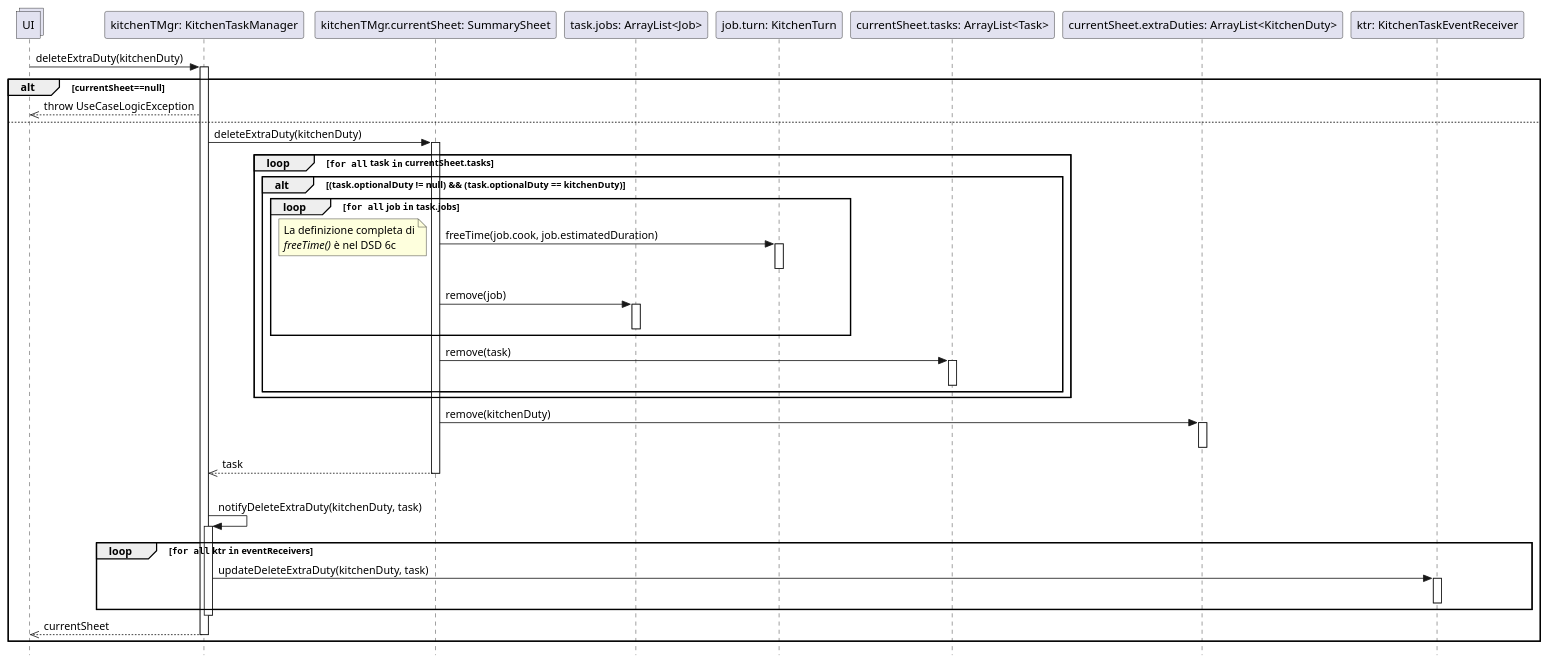
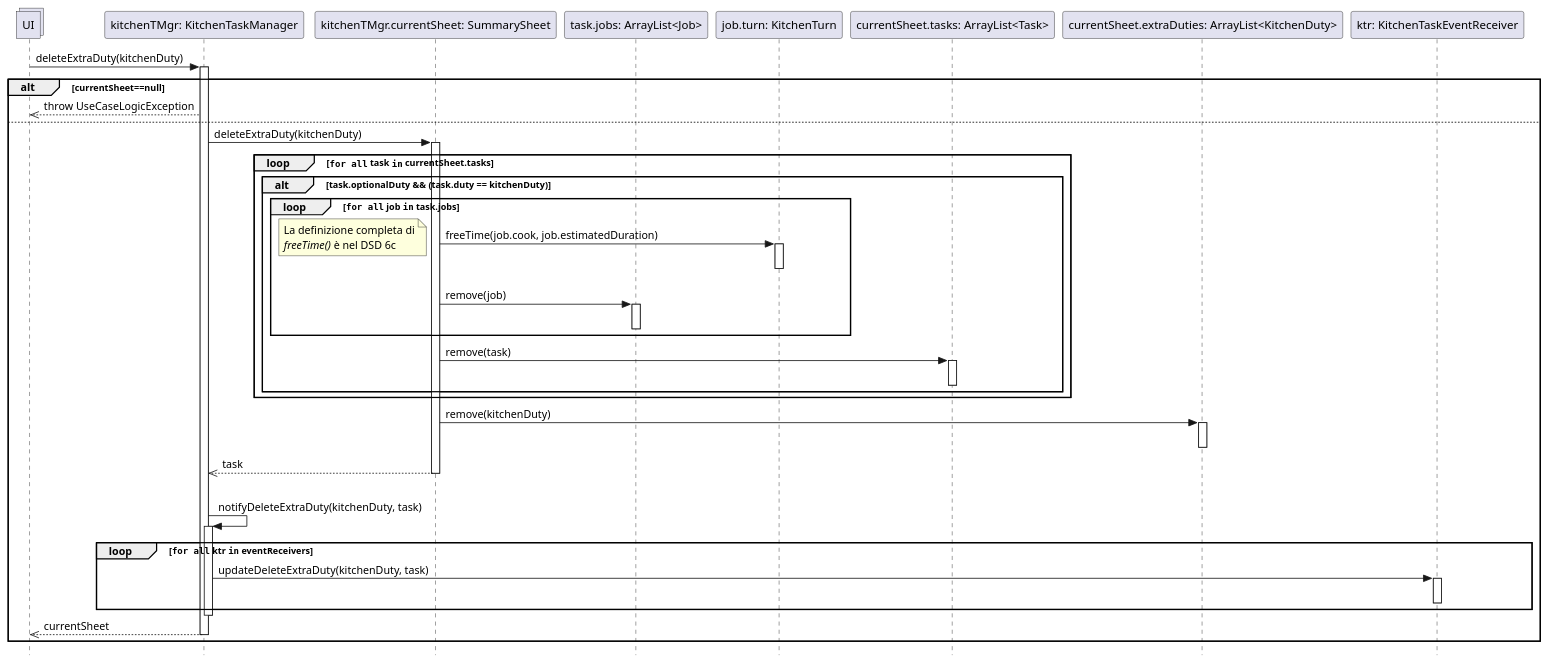
Before and after one commit to stefa168/sas-project: the diagram in UP/Progettazione/UC Gestire Compiti Cucina/DSD/DSD Operazione 2a.1.puml, drawn with PlantUML. The commit also changed 3 other files, not shown here.

```diff
--- a/UP/Progettazione/UC Gestire Compiti Cucina/DSD/DSD Operazione 2a.1.puml
+++ b/UP/Progettazione/UC Gestire Compiti Cucina/DSD/DSD Operazione 2a.1.puml
@@ -1,65 +1,65 @@
 @startuml Operazione 2a.1
 skinparam Style strictuml
 
 collections UI
 
 participant "kitchenTMgr: KitchenTaskManager" as ktm
 UI -> ktm: deleteExtraDuty(kitchenDuty)
 activate ktm
 
 alt currentSheet==null
     UI <<-- ktm: throw UseCaseLogicException
 else
     participant "kitchenTMgr.currentSheet: SummarySheet" as ss
     ktm -> ss: deleteExtraDuty(kitchenDuty)
     activate ss
 
     loop ""for all"" task ""in"" currentSheet.tasks
-        alt (task.optionalDuty != null) && (task.optionalDuty == kitchenDuty)
+        alt task.optionalDuty && (task.duty == kitchenDuty)
             loop ""for all"" job ""in"" task.jobs
                 participant "task.jobs: ArrayList<Job>" as j
                 participant "job.turn: KitchenTurn" as jobKitchenTurn
 
                 ss -> jobKitchenTurn: freeTime(job.cook, job.estimatedDuration)
                 note left: La definizione completa di\n//freeTime()// è nel DSD 6c
                 activate jobKitchenTurn
                 deactivate jobKitchenTurn
 
                 ss -> j: remove(job)
                 activate j
                 deactivate j
             end
 
             participant "currentSheet.tasks: ArrayList<Task>" as tasks
             ss -> tasks: remove(task)
             activate tasks
             deactivate tasks
         end
     end
     
     participant "currentSheet.extraDuties: ArrayList<KitchenDuty>" as kdList
     ss -> kdList: remove(kitchenDuty)
     activate kdList
     deactivate kdList
     
     ktm <<-- ss: task
     deactivate ss
 
     participant "ktr: KitchenTaskEventReceiver" as ktr
     |||
     ktm -> ktm: notifyDeleteExtraDuty(kitchenDuty, task)
         activate ktm
     loop ""for all"" ktr ""in"" eventReceivers
         ktm -> ktr : updateDeleteExtraDuty(kitchenDuty, task)
         activate ktr
         deactivate ktr
     end
     deactivate ktm
 
     UI <<-- ktm : currentSheet
     deactivate ktm
 
     
 end
 
 @enduml
```
